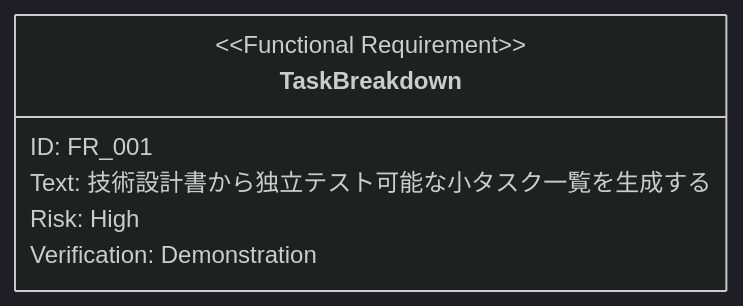
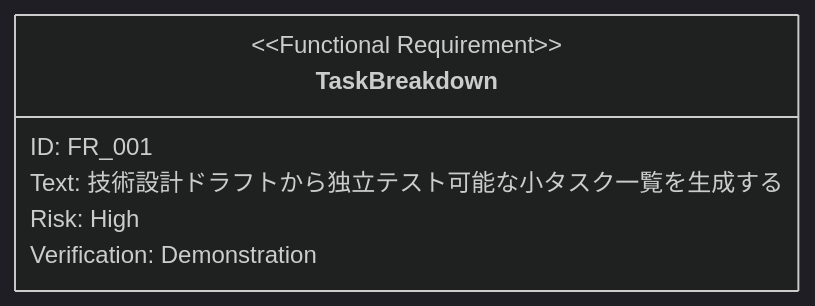
One commit to ToshikiImagawa/ai-sdd-workflow-dev changed the second of 2 diagrams in .sdd/requirement/task-implementation/task-breakdown.md. Above: the diagram before and after it, drawn with Mermaid. The commit also changed other lines of this file and 32 other files, not shown here.

````diff
--- a/.sdd/requirement/task-implementation/task-breakdown.md
+++ b/.sdd/requirement/task-implementation/task-breakdown.md
@@ -65,10 +65,10 @@
 ```mermaid
 %%{init: {'theme': 'dark'}}%%
 requirementDiagram
     functionalRequirement TaskBreakdown {
         id: FR_001
-        text: "技術設計書から独立テスト可能な小タスク一覧を生成する"
+        text: "技術設計ドラフトから独立テスト可能な小タスク一覧を生成する"
         risk: high
         verifymethod: demonstration
     }
 ```
````
